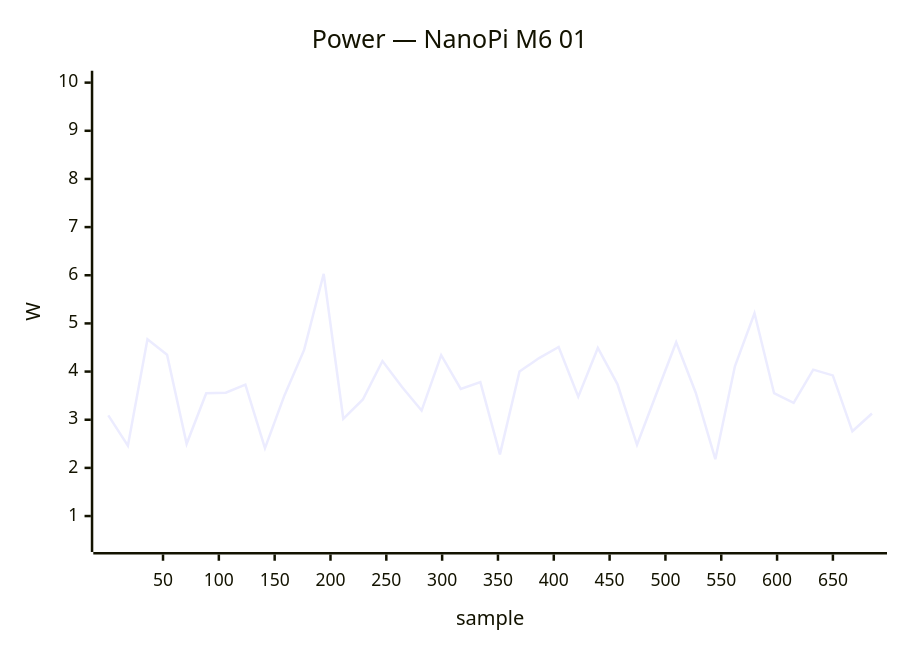
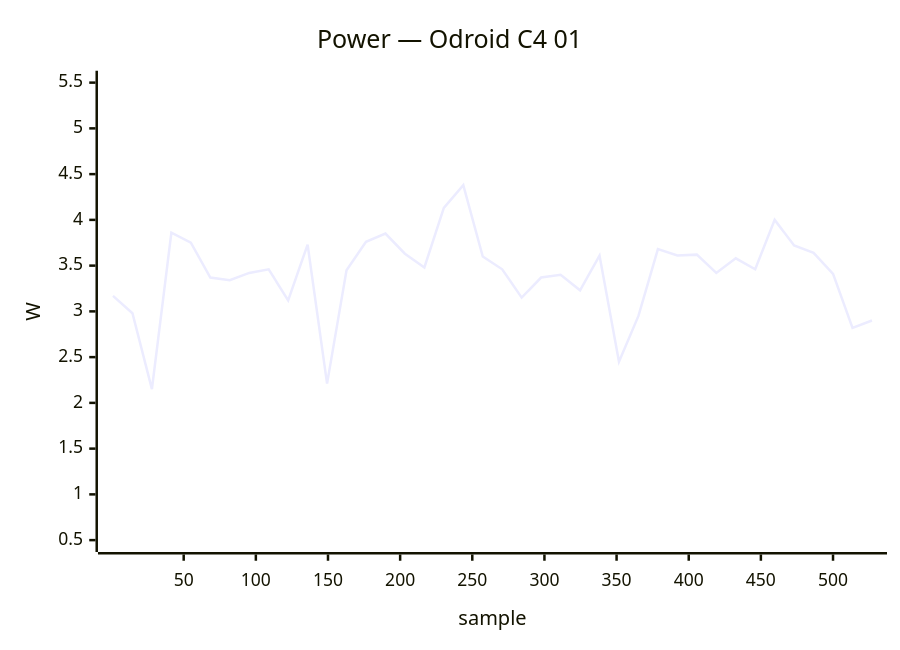
Before and after one commit to armbian/documentation: the third of 34 diagrams in docs/status/board-tests.md, drawn with Mermaid. The commit also changed other lines of this file, not shown here.

````diff
--- a/docs/status/board-tests.md
+++ b/docs/status/board-tests.md
@@ -173,7 +172,7 @@
 ```mermaid
 xychart-beta
-    title "Power — NanoPi M6 01"
-    x-axis "sample" 1 --> 685
-    y-axis "W" 0.5 --> 10.0
-    line [3.09, 2.46, 4.67, 4.35, 2.50, 3.55, 3.56, 3.73, 2.41, 3.51, 4.45, 6.03, 3.02, 3.42, 4.22, 3.68, 3.19, 4.34, 3.64, 3.78, 2.28, 4.00, 4.28, 4.51, 3.48, 4.49, 3.74, 2.48, 3.55, 4.61, 3.56, 2.18, 4.11, 5.21, 3.55, 3.35, 4.04, 3.92, 2.76, 3.13]
+    title "Power — Odroid C4 01"
+    x-axis "sample" 1 --> 527
+    y-axis "W" 0.5 --> 5.5
+    line [3.17, 2.98, 2.15, 3.86, 3.75, 3.37, 3.34, 3.42, 3.46, 3.12, 3.73, 2.21, 3.45, 3.76, 3.85, 3.63, 3.48, 4.13, 4.38, 3.60, 3.46, 3.15, 3.37, 3.40, 3.23, 3.61, 2.45, 2.95, 3.68, 3.61, 3.62, 3.42, 3.58, 3.46, 4.00, 3.72, 3.64, 3.41, 2.82, 2.90]
 ```
````
